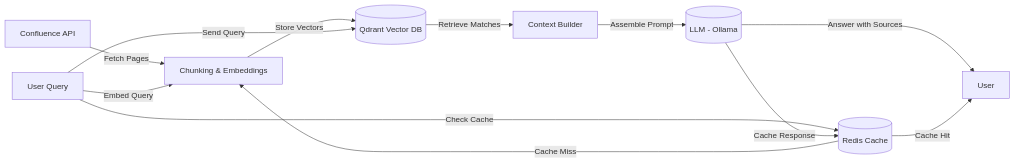
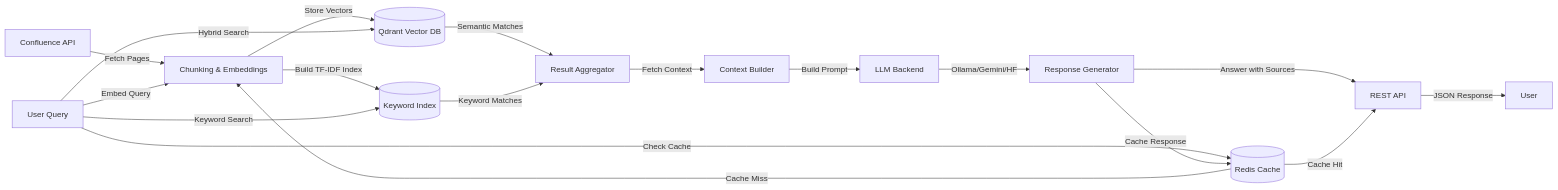
One commit to FlavorFlav-github/confluence-sementic-search changed the diagram in README.md. Above: the diagram before and after it, drawn with Mermaid. The commit also changed other lines of this file, not shown here.

````diff
--- a/README.md
+++ b/README.md
@@ -39,14 +47,20 @@
 ```mermaid
 flowchart LR
     A[Confluence API] -->|Fetch Pages| B[Chunking & Embeddings]
     B -->|Store Vectors| C[(Qdrant Vector DB)]
+    B -->|Build TF-IDF Index| I[(Keyword Index)]
     D[User Query] -->|Check Cache| E[(Redis Cache)]
     E -->|Cache Miss| B
     D -->|Embed Query| B
-    D -->|Send Query| C
-    C -->|Retrieve Matches| F[Context Builder]
-    F -->|Assemble Prompt| G[(LLM - Ollama)]
-    G -->|Cache Response| E
-    G -->|Answer with Sources| H[User]
-    E -->|Cache Hit| H
+    D -->|Hybrid Search| C
+    D -->|Keyword Search| I
+    C -->|Semantic Matches| F[Result Aggregator]
+    I -->|Keyword Matches| F
+    F -->|Fetch Context| G[Context Builder]
+    G -->|Build Prompt| H[LLM Backend]
+    H -->|Ollama/Gemini/HF| J[Response Generator]
+    J -->|Cache Response| E
+    J -->|Answer with Sources| K[REST API]
+    E -->|Cache Hit| K
+    K -->|JSON Response| L[User]
 ```
````
